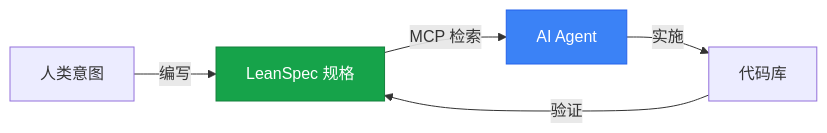
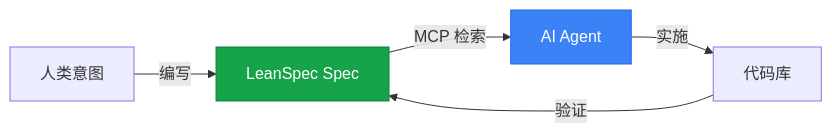
One commit to codervisor/lean-spec-docs changed the diagram in i18n/zh-Hans/docusaurus-plugin-content-docs/current/advanced/ai-agent-memory.mdx. Above: the diagram before and after it, drawn with Mermaid. The commit also changed 12 other files, not shown here.

````diff
--- a/i18n/zh-Hans/docusaurus-plugin-content-docs/current/advanced/ai-agent-memory.mdx
+++ b/i18n/zh-Hans/docusaurus-plugin-content-docs/current/advanced/ai-agent-memory.mdx
@@ -110,10 +110,10 @@
 ```mermaid
 flowchart LR
-    Human[人类意图] -->|编写| Spec[LeanSpec 规格]
+    Human[人类意图] -->|编写| Spec[LeanSpec Spec]
     Spec -->|MCP 检索| AI[AI Agent]
     AI -->|实施| Code[代码库]
     Code -->|验证| Spec
     
     style Spec fill:#16a34a,stroke:#15803d,color:#fff
     style AI fill:#3b82f6,stroke:#2563eb,color:#fff
 ```
````
